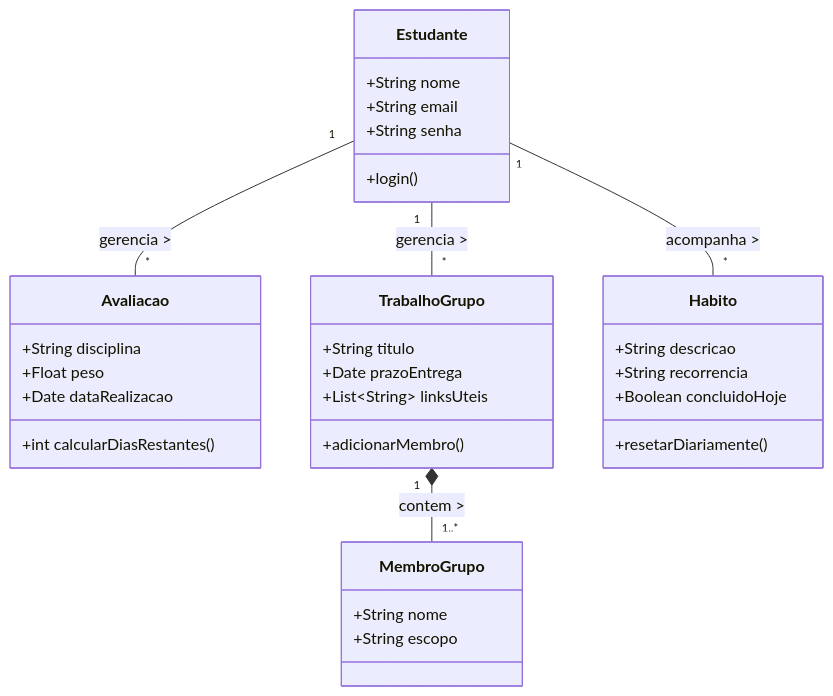
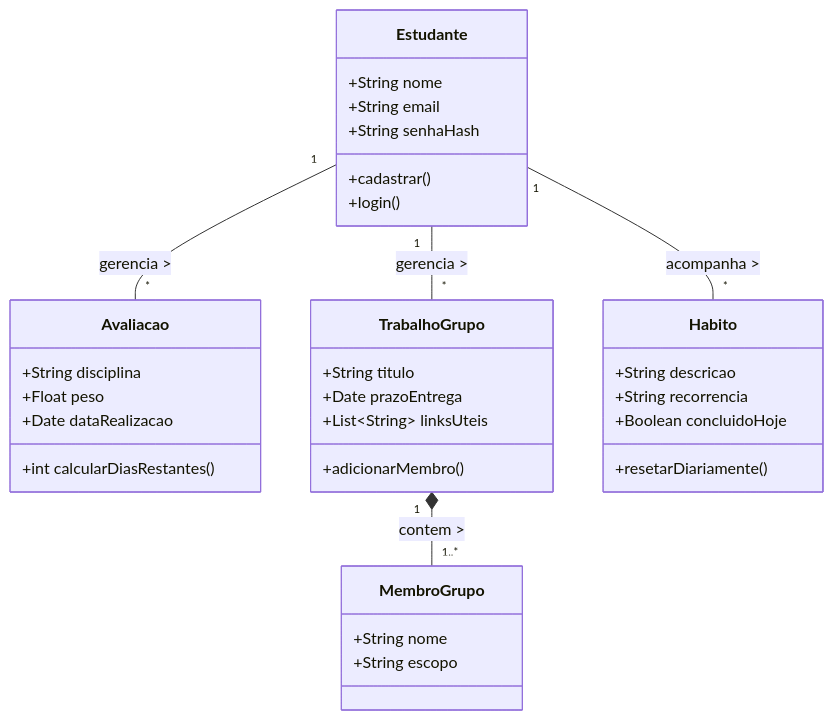
The second of 3 diagrams in README.md (mrquintao/TP1_ES), drawn with Mermaid before and after one commit. The commit also changed other lines of this file and 1 other file, not shown here.

First line of the commit message:
docs: update README class diagram and CHANGELOG for authentication

````diff
--- a/README.md
+++ b/README.md
@@ -67,40 +69,41 @@
 ```mermaid
 classDiagram
     class Estudante {
         +String nome
         +String email
-        +String senha
+        +String senhaHash
+        +cadastrar()
         +login()
     }
 
     class Avaliacao {
         +String disciplina
         +Float peso
         +Date dataRealizacao
         +int calcularDiasRestantes()
     }
 
     class TrabalhoGrupo {
         +String titulo
         +Date prazoEntrega
         +List~String~ linksUteis
         +adicionarMembro()
     }
 
     class Habito {
         +String descricao
         +String recorrencia
         +Boolean concluidoHoje
         +resetarDiariamente()
     }
 
     class MembroGrupo {
         +String nome
         +String escopo
     }
 
     Estudante "1" -- "*" Avaliacao : gerencia >
     Estudante "1" -- "*" TrabalhoGrupo : gerencia >
     Estudante "1" -- "*" Habito : acompanha >
     TrabalhoGrupo "1" *-- "1..*" MembroGrupo : contem >
 ```
````
